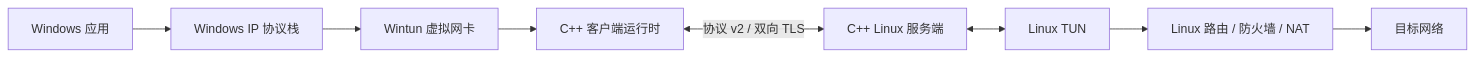
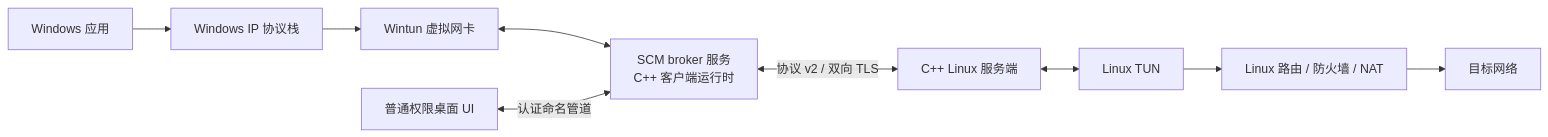
The diagram in Readme.md (Dahyunnist/Personal-VPN), drawn with Mermaid before and after one commit. The commit also changed 10 other files, not shown here.

````diff
--- a/Readme.md
+++ b/Readme.md
@@ -11,10 +11,11 @@
 ```mermaid
 flowchart LR
     A[Windows 应用] --> B[Windows IP 协议栈]
     B --> C[Wintun 虚拟网卡]
-    C --> D[C++ 客户端运行时]
+    C <--> D[SCM broker 服务<br/>C++ 客户端运行时]
+    U[普通权限桌面 UI] <-->|认证命名管道| D
     D <-->|协议 v2 / 双向 TLS| E[C++ Linux 服务端]
     E <--> F[Linux TUN]
     F --> G[Linux 路由 / 防火墙 / NAT]
     G --> H[目标网络]
 ```
````
